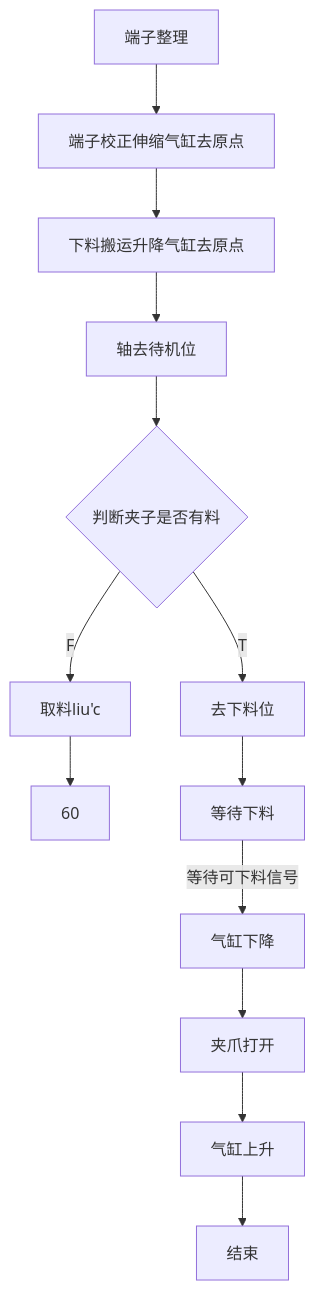
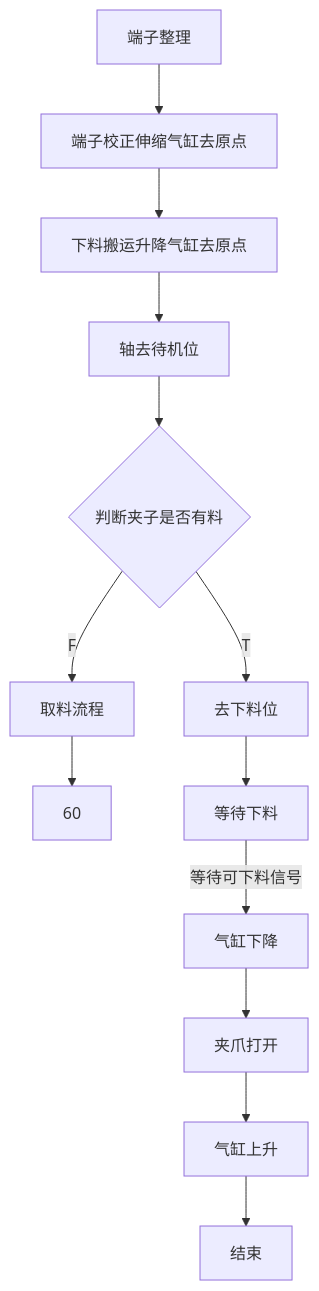
Before and after one commit to zmq000/iodraw-files: the diagram in all/VR-OP90端子整理.md, drawn with Mermaid.

Commit message:
2026-06-18 11:10:08 update

````diff
--- a/all/VR-OP90端子整理.md
+++ b/all/VR-OP90端子整理.md
@@ -1,26 +1,26 @@
 ```mermaid
 graph TD
 0[端子整理]-->10
 10[端子校正伸缩气缸去原点]-->20
 20[下料搬运升降气缸去原点]-->30
 30[轴去待机位]-->40
 40{判断夹子是否有料}-->|T|130
 40-->|F|50
-50[取料liu'c]-->60
+50[取料流程]-->60
 %% 60[夹爪打开]-->70
 %% 70[下降到位]-->80
 %% 80[夹爪加紧]-->90
 %% 90[校正伸出]-->100
 %% 100[预留]-->110
 %% 110[校正缩回]-->120
 %% 120[气缸上升]-->130
 130[去下料位]-->140
 140[等待下料]-->|等待可下料信号|150
 150[气缸下降]-->160
 160[夹爪打开]-->170
 170[气缸上升]-->180
 180[结束]
 
 
   
 ```
````
